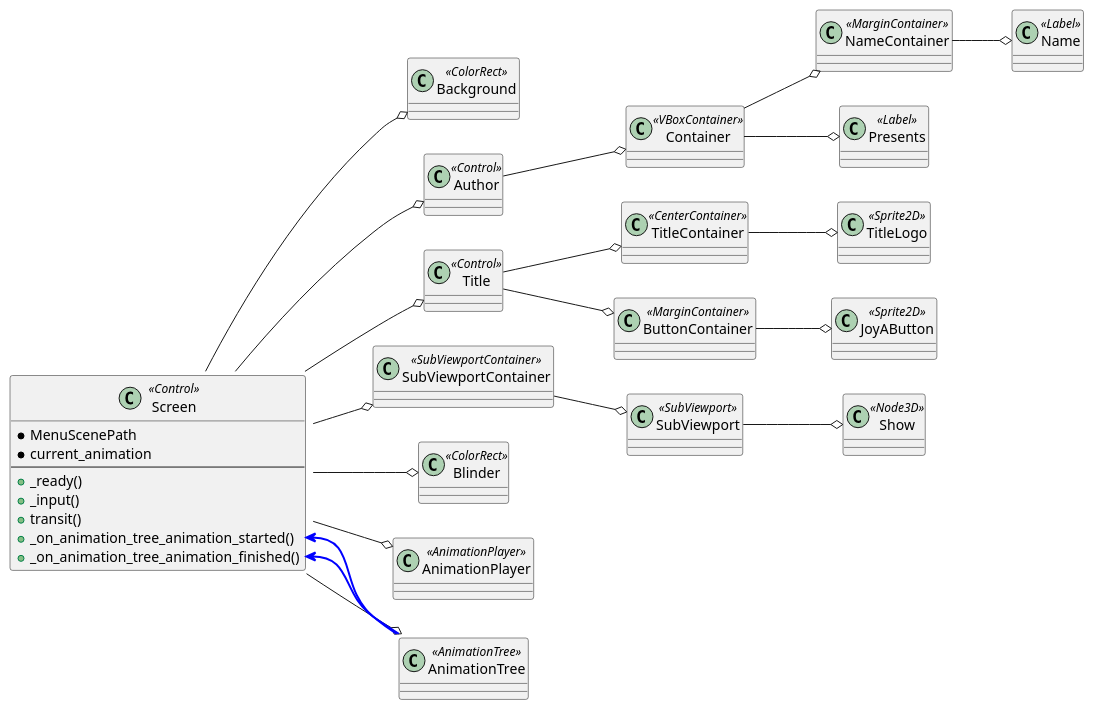
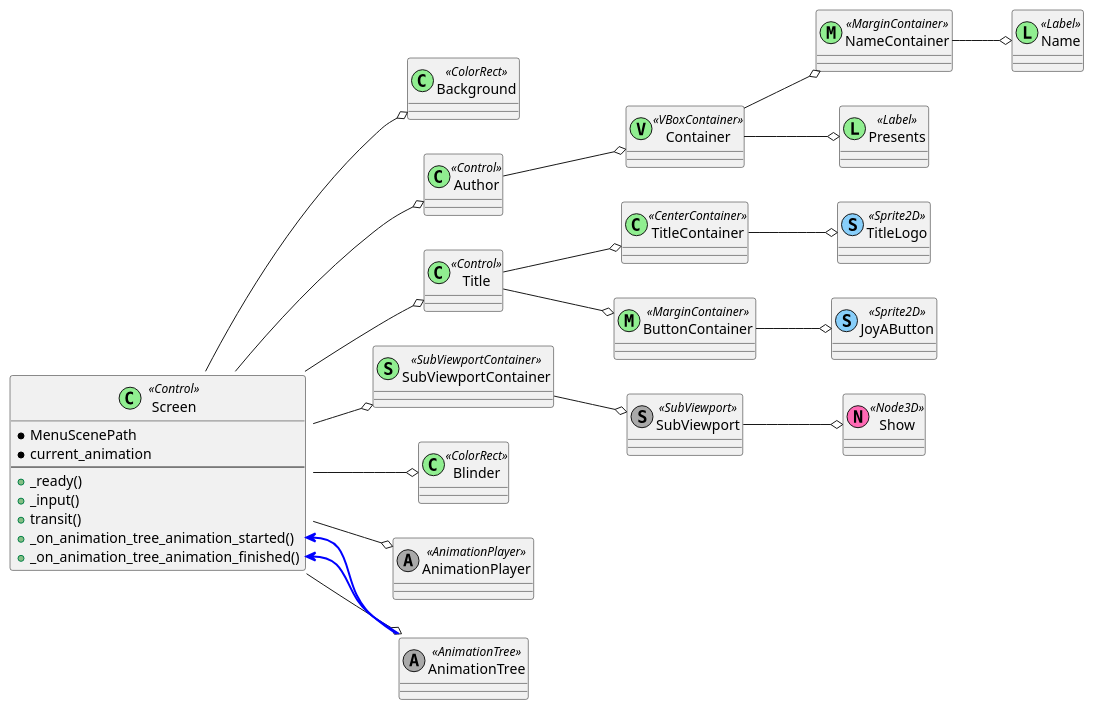
One commit to tkmfujise/Platformer-Game-Learning changed the diagram in content/scenes/src/beginning/screen/screen.tscn.adoc. Above: the diagram before and after it, drawn with PlantUML. The commit also changed 69 other files, not shown here.

Commit message:
Change scene diagram class color

```diff
--- a/content/scenes/src/beginning/screen/screen.tscn.adoc
+++ b/content/scenes/src/beginning/screen/screen.tscn.adoc
@@ -9,67 +9,67 @@
 [plantuml]
 ....
-class ROOT as "Screen" <<Control>> {
+class ROOT as "Screen" <<(C,lightgreen) Control>> {
   * MenuScenePath
   * current_animation
 ---
   + _ready()
   + _input()
   + transit()
   + _on_animation_tree_animation_started()
   + _on_animation_tree_animation_finished()
 }
-class Background as "Background" <<ColorRect>> {
+class Background as "Background" <<(C,lightgreen) ColorRect>> {
 }
-class Author as "Author" <<Control>> {
+class Author as "Author" <<(C,lightgreen) Control>> {
 }
-class Author_Container as "Container" <<VBoxContainer>> {
+class Author_Container as "Container" <<(V,lightgreen) VBoxContainer>> {
 }
-class Author_Container_NameContainer as "NameContainer" <<MarginContainer>> {
+class Author_Container_NameContainer as "NameContainer" <<(M,lightgreen) MarginContainer>> {
 }
-class Author_Container_NameContainer_Name as "Name" <<Label>> {
+class Author_Container_NameContainer_Name as "Name" <<(L,lightgreen) Label>> {
 }
-class Author_Container_Presents as "Presents" <<Label>> {
+class Author_Container_Presents as "Presents" <<(L,lightgreen) Label>> {
 }
-class Title as "Title" <<Control>> {
+class Title as "Title" <<(C,lightgreen) Control>> {
 }
-class Title_TitleContainer as "TitleContainer" <<CenterContainer>> {
+class Title_TitleContainer as "TitleContainer" <<(C,lightgreen) CenterContainer>> {
 }
-class Title_TitleContainer_TitleLogo as "TitleLogo" <<Sprite2D>> {
+class Title_TitleContainer_TitleLogo as "TitleLogo" <<(S,lightskyblue) Sprite2D>> {
 }
-class Title_ButtonContainer as "ButtonContainer" <<MarginContainer>> {
+class Title_ButtonContainer as "ButtonContainer" <<(M,lightgreen) MarginContainer>> {
 }
-class Title_ButtonContainer_JoyAButton as "JoyAButton" <<Sprite2D>> {
+class Title_ButtonContainer_JoyAButton as "JoyAButton" <<(S,lightskyblue) Sprite2D>> {
 }
-class SubViewportContainer as "SubViewportContainer" <<SubViewportContainer>> {
+class SubViewportContainer as "SubViewportContainer" <<(S,lightgreen) SubViewportContainer>> {
 }
-class SubViewportContainer_SubViewport as "SubViewport" <<SubViewport>> {
+class SubViewportContainer_SubViewport as "SubViewport" <<(S,darkgray) SubViewport>> {
 }
-class SubViewportContainer_SubViewport_Show as "Show" <<Node3D>> {
+class SubViewportContainer_SubViewport_Show as "Show" <<(N,hotpink) Node3D>> {
 }
-class Blinder as "Blinder" <<ColorRect>> {
+class Blinder as "Blinder" <<(C,lightgreen) ColorRect>> {
 }
-class AnimationPlayer as "AnimationPlayer" <<AnimationPlayer>> {
+class AnimationPlayer as "AnimationPlayer" <<(A,darkgray) AnimationPlayer>> {
 }
-class AnimationTree as "AnimationTree" <<AnimationTree>> {
+class AnimationTree as "AnimationTree" <<(A,darkgray) AnimationTree>> {
 }
 ROOT --o Background
 ROOT --o Author
 ROOT --o Title
 ROOT --o SubViewportContainer
 ROOT --o Blinder
 ROOT --o AnimationPlayer
 ROOT --o AnimationTree
 Author --o Author_Container
 Author_Container --o Author_Container_NameContainer
 Author_Container --o Author_Container_Presents
 Author_Container_NameContainer --o Author_Container_NameContainer_Name
 Title --o Title_TitleContainer
 Title --o Title_ButtonContainer
 Title_TitleContainer --o Title_TitleContainer_TitleLogo
 Title_ButtonContainer --o Title_ButtonContainer_JoyAButton
 SubViewportContainer --o SubViewportContainer_SubViewport
 SubViewportContainer_SubViewport --o SubViewportContainer_SubViewport_Show
 left to right direction
 ROOT::_on_animation_tree_animation_finished <-[#blue,thickness=2]- AnimationTree::animation_finished
 ROOT::_on_animation_tree_animation_started <-[#blue,thickness=2]- AnimationTree::animation_started
 ....
```
